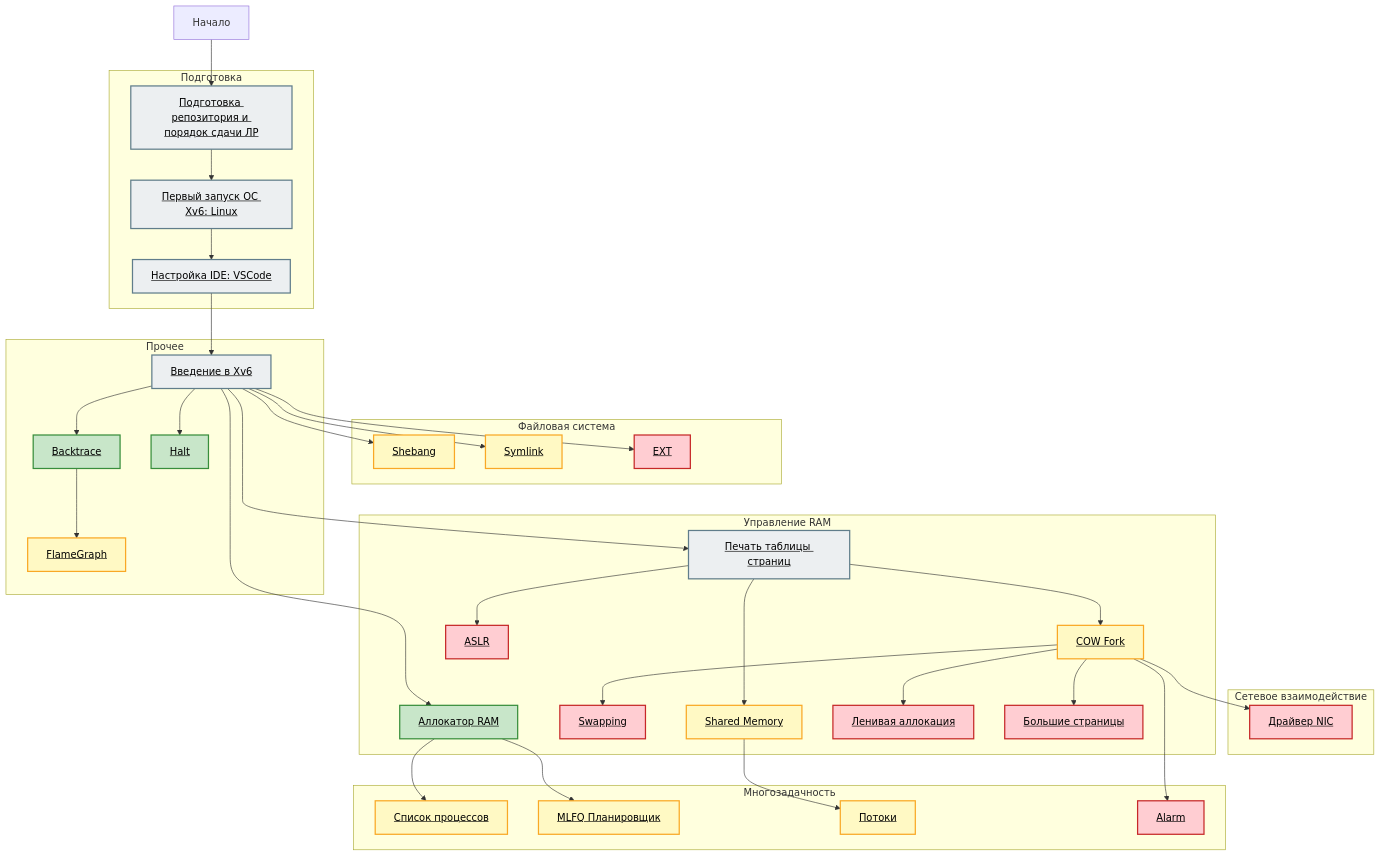
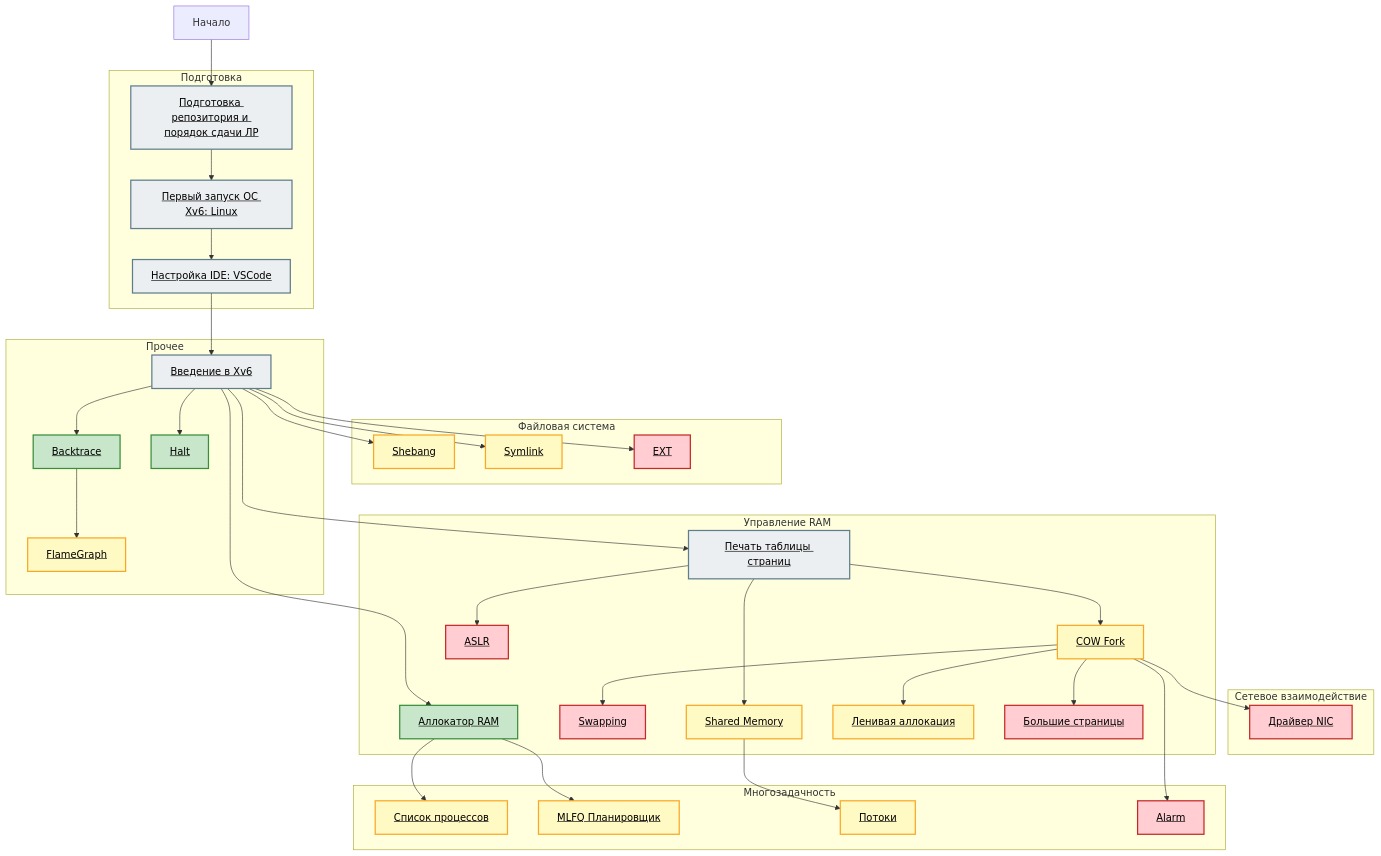
The diagram in README.md (secs-dev/xv6-riscv), drawn with Mermaid before and after one commit.

````diff
--- a/README.md
+++ b/README.md
@@ -104,6 +104,6 @@
     class alarm hard
 
     class pteprint free
-    class cow,shmem medium
-    class aslr,swap,lazyalloc,hugepage hard
+    class cow,lazyalloc,shmem medium
+    class aslr,swap,hugepage hard
 ```
````
